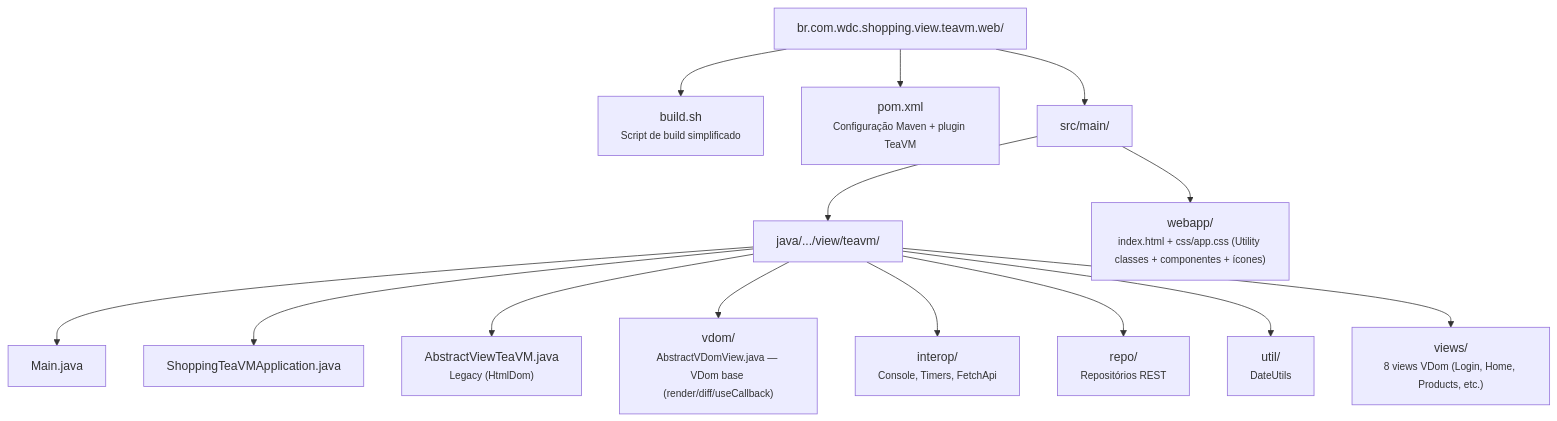
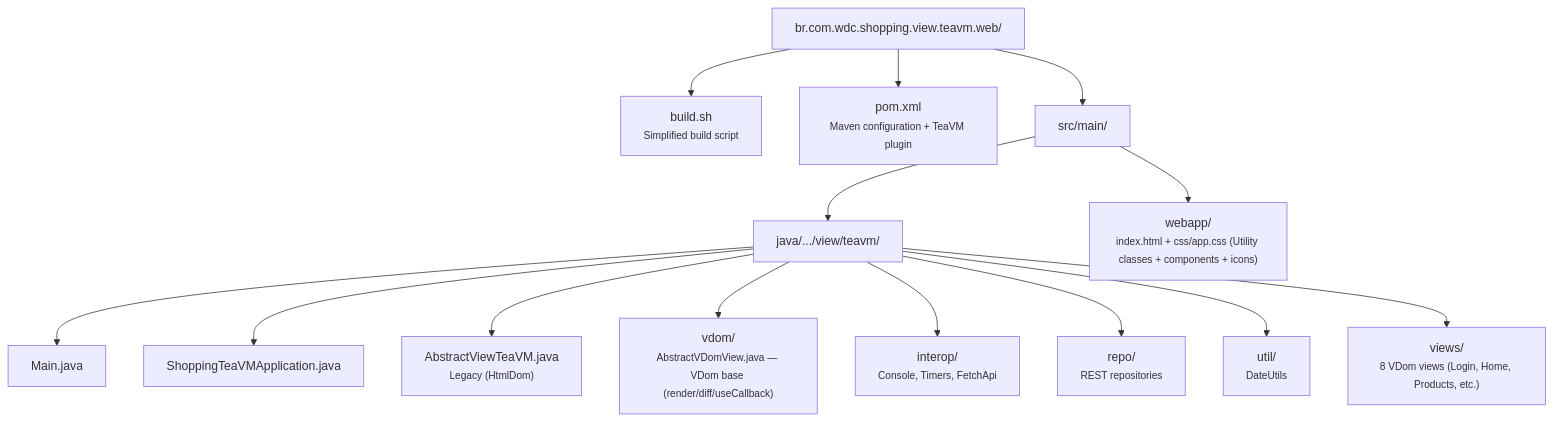
The third of 3 diagrams in fontes/br.com.wdc.shopping/br.com.wdc.shopping.view.teavm/teavm.web/README.md (mrcdom/wdc-cube-java-v2), drawn with Mermaid before and after one commit. The commit also changed other lines of this file and 69 other files, not shown here.

````diff
--- a/fontes/br.com.wdc.shopping/br.com.wdc.shopping.view.teavm/teavm.web/README.md
+++ b/fontes/br.com.wdc.shopping/br.com.wdc.shopping.view.teavm/teavm.web/README.md
@@ -134,31 +134,31 @@
 ```mermaid
 graph TD
     root["br.com.wdc.shopping.view.teavm.web/"]
-    buildsh["build.sh<br/><small>Script de build simplificado</small>"]
-    pom["pom.xml<br/><small>Configuração Maven + plugin TeaVM</small>"]
+    buildsh["build.sh<br/><small>Simplified build script</small>"]
+    pom["pom.xml<br/><small>Maven configuration + TeaVM plugin</small>"]
     srcMain["src/main/"]
     java["java/.../view/teavm/"]
     main["Main.java"]
     appCls["ShoppingTeaVMApplication.java"]
     baseCls["AbstractViewTeaVM.java<br/><small>Legacy (HtmlDom)</small>"]
     vdom["vdom/<br/><small>AbstractVDomView.java — VDom base (render/diff/useCallback)</small>"]
     interop["interop/<br/><small>Console, Timers, FetchApi</small>"]
-    repo["repo/<br/><small>Repositórios REST</small>"]
+    repo["repo/<br/><small>REST repositories</small>"]
     util["util/<br/><small>DateUtils</small>"]
-    views["views/<br/><small>8 views VDom (Login, Home, Products, etc.)</small>"]
-    webapp["webapp/<br/><small>index.html + css/app.css (Utility classes + componentes + ícones)</small>"]
+    views["views/<br/><small>8 VDom views (Login, Home, Products, etc.)</small>"]
+    webapp["webapp/<br/><small>index.html + css/app.css (Utility classes + components + icons)</small>"]
 
     root --> buildsh
     root --> pom
     root --> srcMain
     srcMain --> java
     srcMain --> webapp
     java --> main
     java --> appCls
     java --> baseCls
     java --> vdom
     java --> interop
     java --> repo
     java --> util
     java --> views
 ```
````
